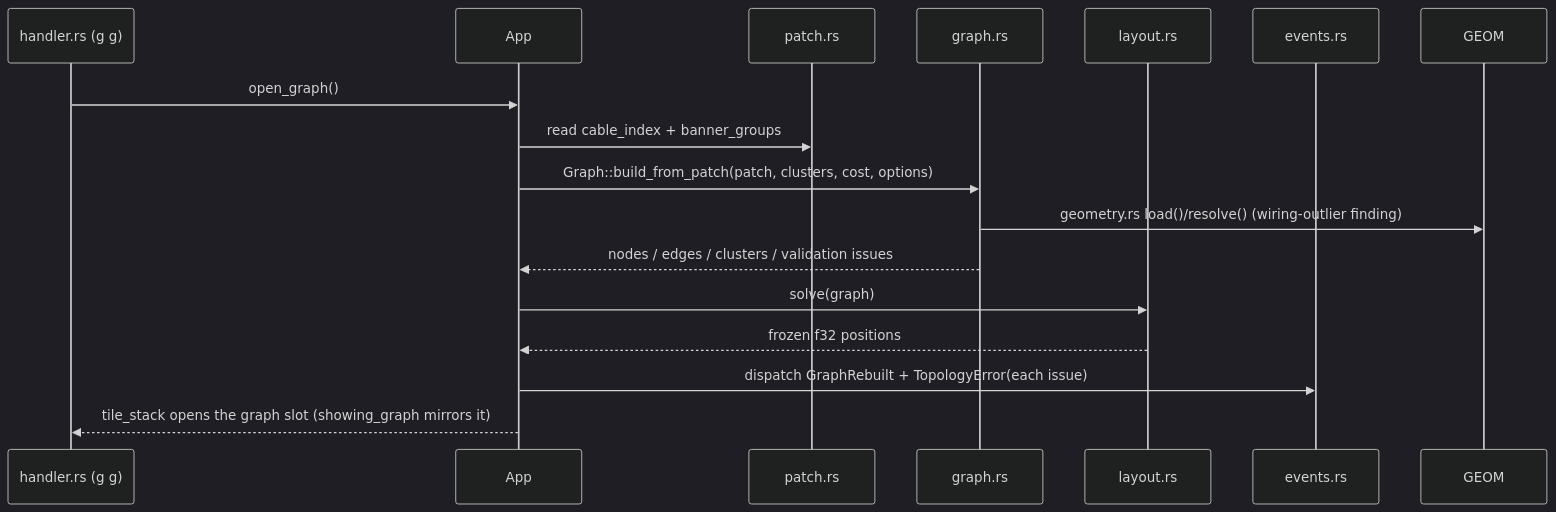
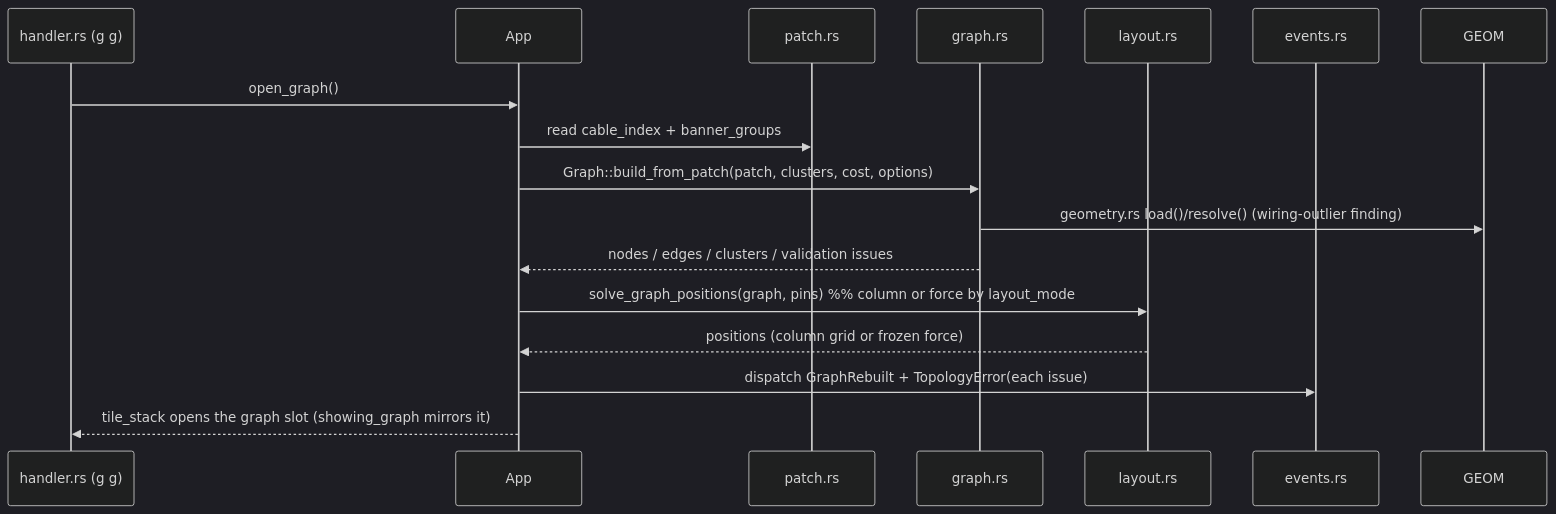
Before and after one commit to moonstruxx/droid-buddy: the third of 5 diagrams in ARCHITECTURE.md, drawn with Mermaid (dark theme). The commit also changed other lines of this file and 3 other files, not shown here.

Commit message:
archive: graph-column-layout (2026-09-18) - docs + spec sync

````diff
--- a/ARCHITECTURE.md
+++ b/ARCHITECTURE.md
@@ -269,18 +269,18 @@
 ```mermaid
 sequenceDiagram
     participant H as handler.rs (g g)
     participant A as App
     participant P as patch.rs
     participant G as graph.rs
     participant L as layout.rs
     participant E as events.rs
     H->>A: open_graph()
     A->>P: read cable_index + banner_groups
     A->>G: Graph::build_from_patch(patch, clusters, cost, options)
     G->>GEOM: geometry.rs load()/resolve() (wiring-outlier finding)
     G-->>A: nodes / edges / clusters / validation issues
-    A->>L: solve(graph)
-    L-->>A: frozen f32 positions
+    A->>L: solve_graph_positions(graph, pins) %% column or force by layout_mode
+    L-->>A: positions (column grid or frozen force)
     A->>E: dispatch GraphRebuilt + TopologyError(each issue)
     A-->>H: tile_stack opens the graph slot (showing_graph mirrors it)
 ```
````
